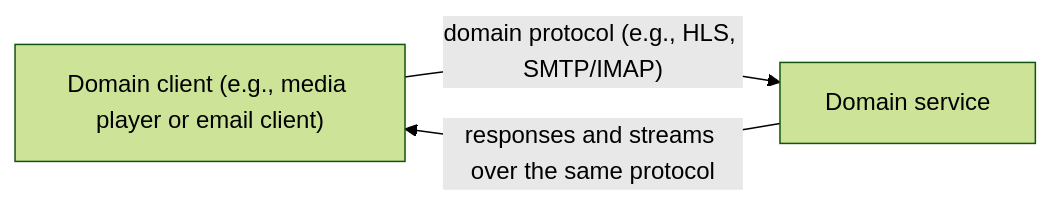
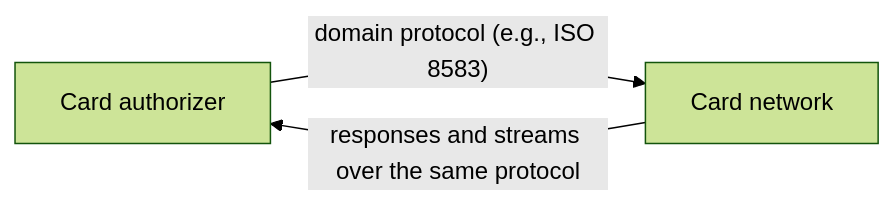
The diagram in i18n/en/docusaurus-plugin-content-docs/current/architecture/microservices/communication-styles/domain-specific-protocol.md (alancesar/design-patterns), drawn with Mermaid (forest theme) before and after one commit. The commit also changed other lines of this file and 27 other files, not shown here.

Commit message:
Switch microservices concrete diagrams to fintech scenarios

````diff
--- a/i18n/en/docusaurus-plugin-content-docs/current/architecture/microservices/communication-styles/domain-specific-protocol.md
+++ b/i18n/en/docusaurus-plugin-content-docs/current/architecture/microservices/communication-styles/domain-specific-protocol.md
@@ -48,5 +48,5 @@
 ```mermaid
 flowchart LR
-    C["Domain client (e.g., media player or email client)"] -->|"domain protocol (e.g., HLS, SMTP/IMAP)"| S["Domain service"]
+    C["Card authorizer"] -->|"domain protocol (e.g., ISO 8583)"| S["Card network"]
     S -->|"responses and streams over the same protocol"| C
 ```
````
